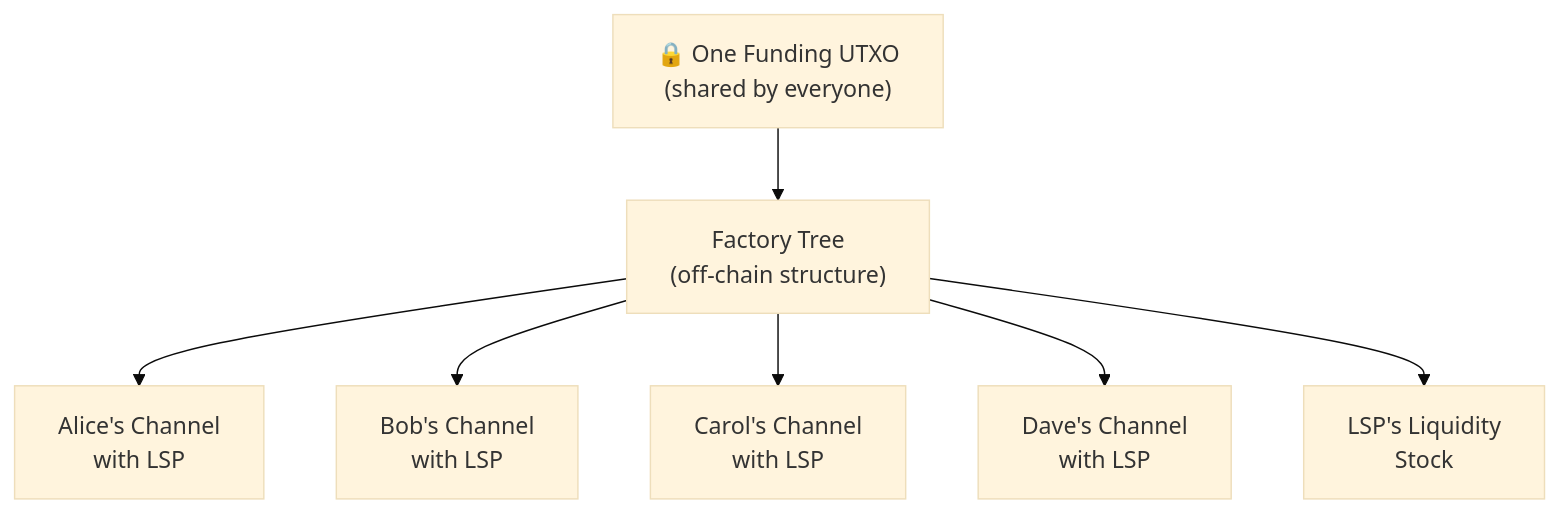
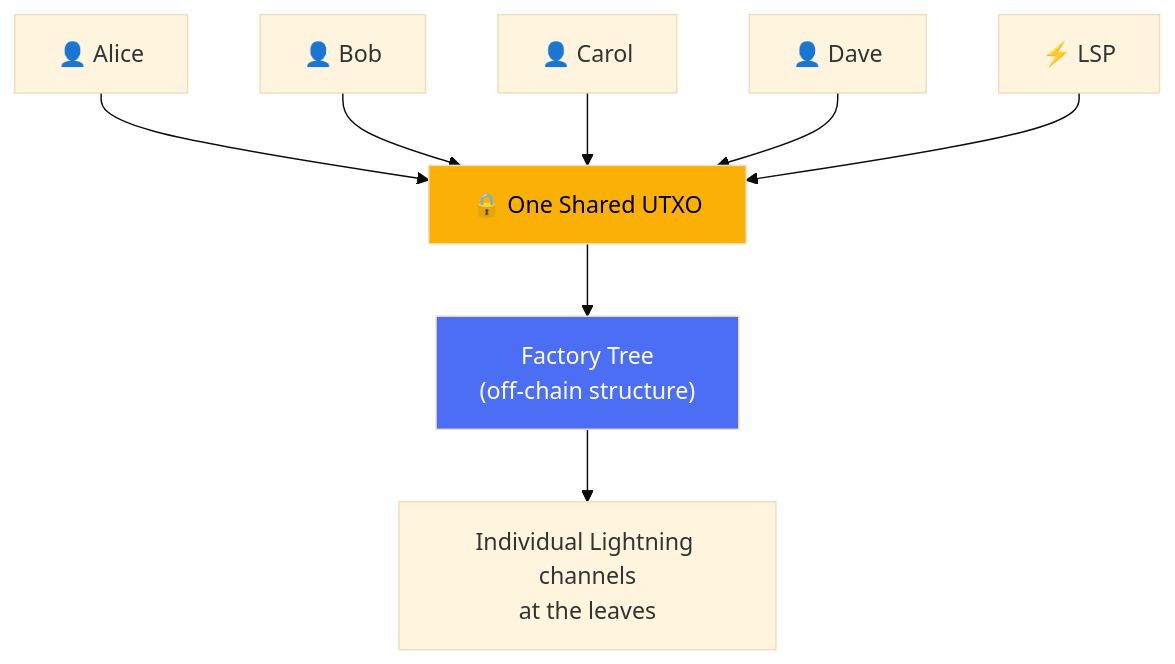
The diagram in index.md (8144225309/superscalar-docs), drawn with Mermaid (base theme) before and after one commit. The commit also changed other lines of this file, not shown here.

First line of the commit message:
Reframe front page: lead with shared UTXO, not individual channels

````diff
--- a/index.md
+++ b/index.md
@@ -15,9 +15,13 @@
 ```mermaid
 graph TD
-    F["🔒 One Funding UTXO<br/>(shared by everyone)"] --> T["Factory Tree<br/>(off-chain structure)"]
-    T --> A["Alice's Channel<br/>with LSP"]
-    T --> B["Bob's Channel<br/>with LSP"]
-    T --> C["Carol's Channel<br/>with LSP"]
-    T --> D["Dave's Channel<br/>with LSP"]
-    T --> L["LSP's Liquidity<br/>Stock"]
+    A["👤 Alice"] --> U["🔒 One Shared UTXO"]
+    B["👤 Bob"] --> U
+    C["👤 Carol"] --> U
+    D["👤 Dave"] --> U
+    LSP["⚡ LSP"] --> U
+    U --> T["Factory Tree<br/>(off-chain structure)"]
+    T --> CH["Individual Lightning channels<br/>at the leaves"]
+
+    style U fill:#fab005,color:#000
+    style T fill:#4c6ef5,color:#fff
 ```
````
